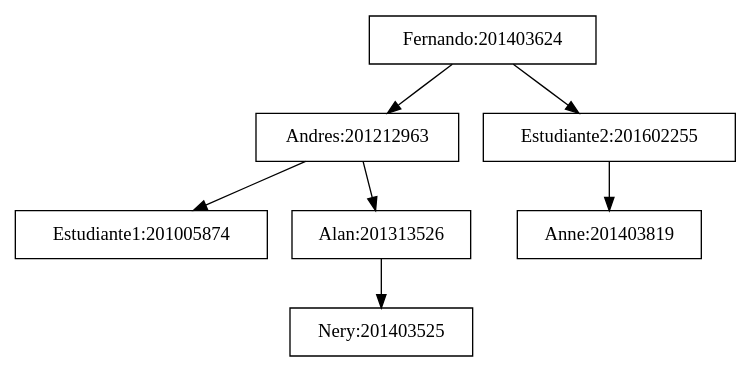
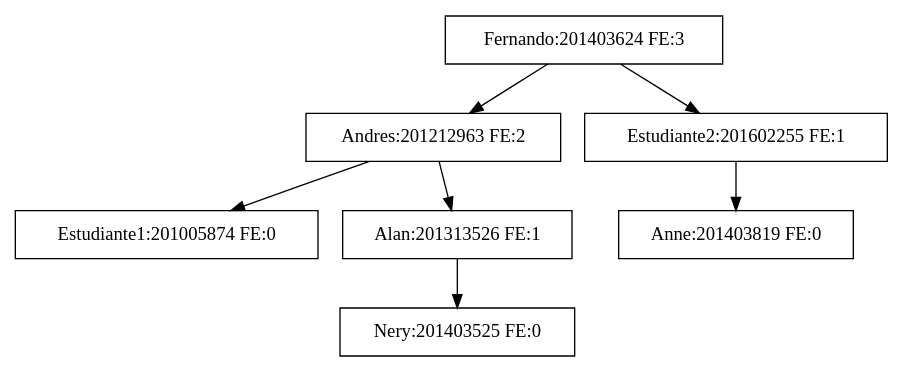
One commit to jmansilla-2014056/EDD_P3_Blockchain-Simulador-Client changed the diagram in Vista/tree.gv. Above: the diagram before and after it, drawn with Graphviz. The commit also changed 10 other files, not shown here.

```diff
--- a/Vista/tree.gv
+++ b/Vista/tree.gv
@@ -1,17 +1,17 @@
 digraph structs {
 	node [shape=record]
 	rankdir=TB
-	201005874 [label="{Estudiante1:201005874}"]
-	201212963 [label="{Andres:201212963}"]
+	201005874 [label="{Estudiante1:201005874 FE:0}"]
+	201212963 [label="{Andres:201212963 FE:2}"]
 	201212963 -> 201005874
 	201212963 -> 201313526
-	201313526 [label="{Alan:201313526}"]
+	201313526 [label="{Alan:201313526 FE:1}"]
 	201313526 -> 201403525
-	201403525 [label="{Nery:201403525}"]
-	201403624 [label="{Fernando:201403624}"]
+	201403525 [label="{Nery:201403525 FE:0}"]
+	201403624 [label="{Fernando:201403624 FE:3}"]
 	201403624 -> 201212963
 	201403624 -> 201602255
-	201403819 [label="{Anne:201403819}"]
-	201602255 [label="{Estudiante2:201602255}"]
+	201403819 [label="{Anne:201403819 FE:0}"]
+	201602255 [label="{Estudiante2:201602255 FE:1}"]
 	201602255 -> 201403819
 }
```
